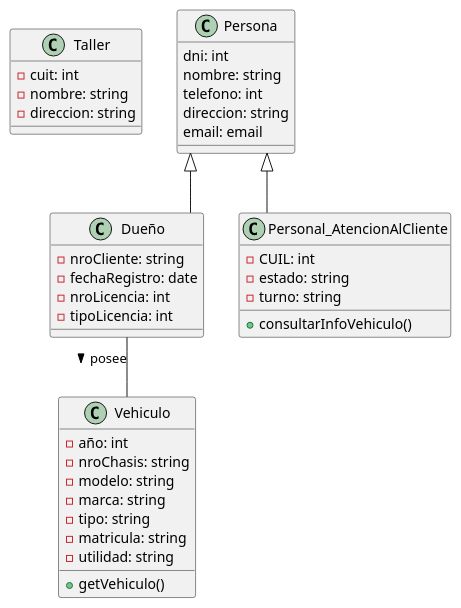
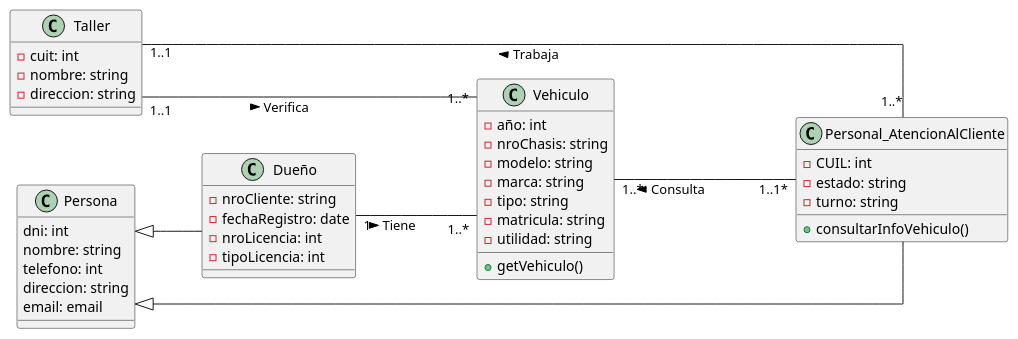
Before and after one commit to Z0SO/UML-Practice: the diagram in examples/example.md, drawn with PlantUML. The commit also changed other lines of this file and 2 other files, not shown here.

Commit message:
Modificaciones: ejemplo completado

````diff
--- a/examples/example.md
+++ b/examples/example.md
@@ -5,56 +2,61 @@
 ```plantuml
 @startuml
+left to right direction
 
 skinparam linetype ortho
 
 class Taller {
-    -cuit: int
-    -nombre: string
-    -direccion: string
+    - cuit: int
+    - nombre: string
+    - direccion: string
 }
 
 class Persona{
     dni: int
     nombre: string
     telefono: int
     direccion: string
     email: email
 }
 
 class Dueño {
-    -nroCliente: string
-    -fechaRegistro: date
-    -nroLicencia: int
-    -tipoLicencia: int
+    - nroCliente: string
+    - fechaRegistro: date
+    - nroLicencia: int
+    - tipoLicencia: int
 }
-
 
 class Vehiculo {
     - año: int
     - nroChasis: string
     - modelo: string
     - marca: string
     - tipo: string
-    -matricula: string
-    -utilidad: string
+    - matricula: string
+    - utilidad: string
 
     ' parte de metodos
-    +getVehiculo()
+    + getVehiculo()
 }
 
 class Personal_AtencionAlCliente{
-    -CUIL: int
-    -estado: string
-    -turno: string
+    - CUIL: int
+    - estado: string
+    - turno: string
 
-    +consultarInfoVehiculo()
+    + consultarInfoVehiculo()
 }
 
+' ##### PARTE DE RELACIONES #####
 
 Persona <|-- Personal_AtencionAlCliente 
 Persona <|-- Dueño
 
-Dueño -- Vehiculo: posee >
+Dueño "1" --- "1..*" Vehiculo: Tiene >
+Vehiculo "1..*" ---- "1..1*" Personal_AtencionAlCliente: < Consulta
 
+Taller "1..1" -- "1..*" Personal_AtencionAlCliente: < Trabaja
+Taller "1..1" ---- "1..*" Vehiculo:  Verifica >
 @enduml
+
 ```
````
